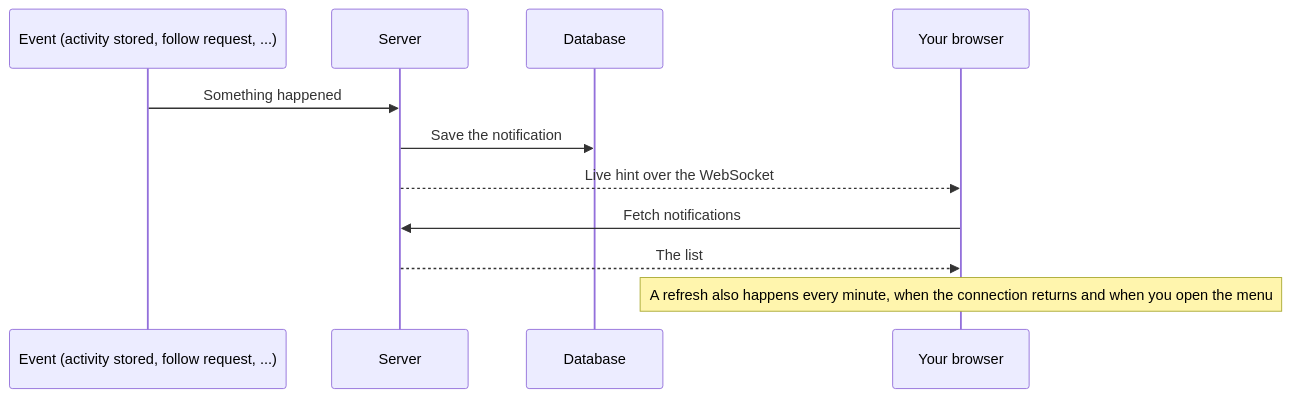
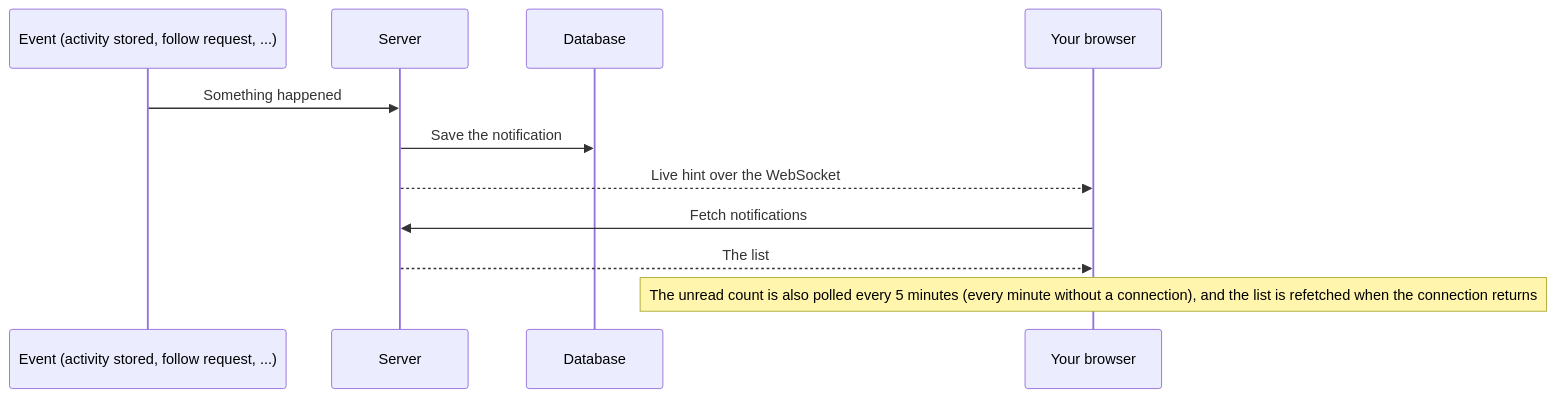
Before and after one commit to endurain-project/endurain: the diagram in docs/features/notifications.md, drawn with Mermaid. The commit also changed other lines of this file and 43 other files, not shown here.

````diff
--- a/docs/features/notifications.md
+++ b/docs/features/notifications.md
@@ -32,13 +32,13 @@
 ```mermaid
 sequenceDiagram
     participant E as Event (activity stored, follow request, ...)
     participant S as Server
     participant DB as Database
     participant B as Your browser
     E->>S: Something happened
     S->>DB: Save the notification
     S-->>B: Live hint over the WebSocket
     B->>S: Fetch notifications
     S-->>B: The list
-    Note over B: A refresh also happens every minute, when the connection returns and when you open the menu
+    Note over B: The unread count is also polled every 5 minutes (every minute without a connection), and the list is refetched when the connection returns
 ```
````
